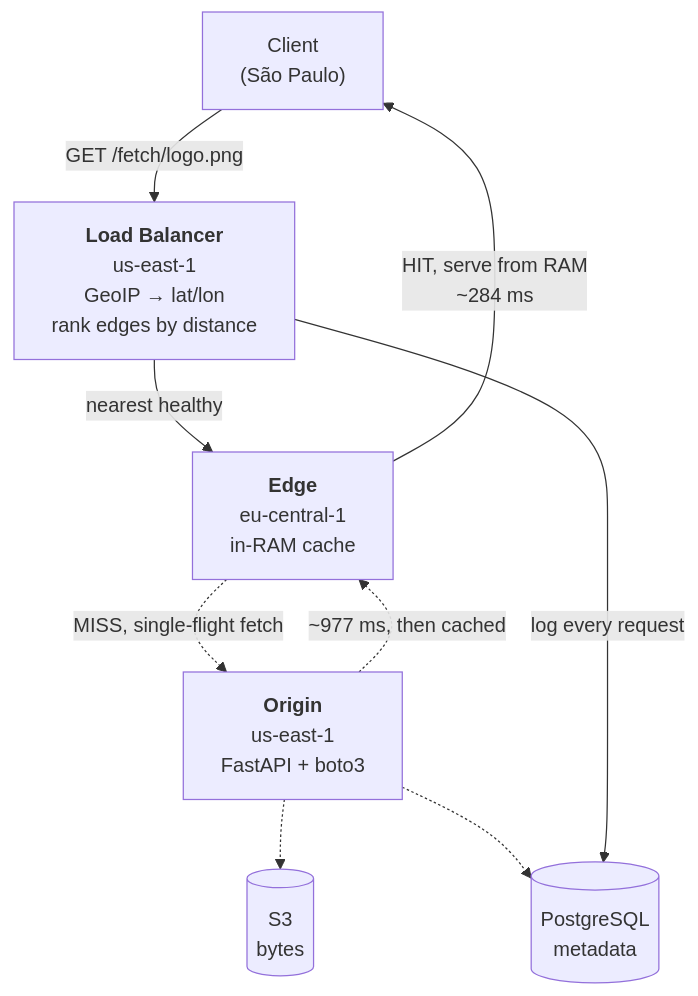
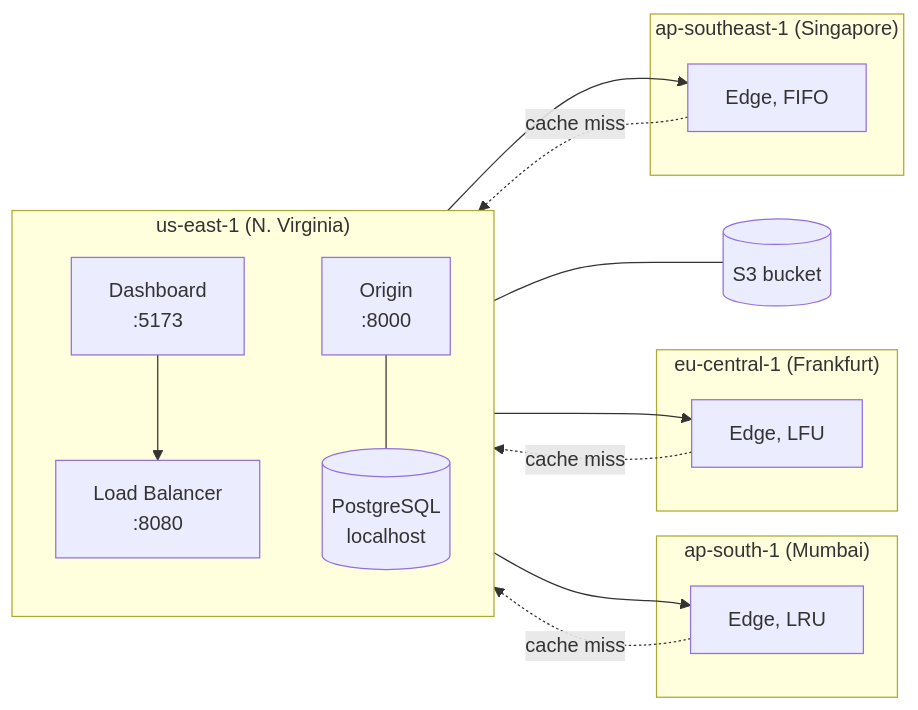
One commit to aryan-2255/Velocity_CDN changed the first of 2 diagrams in README.md. Above: the diagram before and after it, drawn with Mermaid. The commit also changed other lines of this file, not shown here.

Commit message:
Expand README with architecture and design notes

````diff
--- a/README.md
+++ b/README.md
@@ -95,12 +93,25 @@
 ```mermaid
-flowchart TD
-    C["Client<br/>(São Paulo)"] -->|"GET /fetch/logo.png"| LB
-    LB["<b>Load Balancer</b><br/>us-east-1<br/>GeoIP → lat/lon<br/>rank edges by distance"]
-    LB -->|"nearest healthy"| E["<b>Edge</b><br/>eu-central-1<br/>in-RAM cache"]
-    E -->|"HIT, serve from RAM<br/>~284 ms"| C
-    E -.->|"MISS, single-flight fetch"| O["<b>Origin</b><br/>us-east-1<br/>FastAPI + boto3"]
-    O -.-> S3[("S3<br/>bytes")]
-    O -.-> PG[("PostgreSQL<br/>metadata")]
-    O -.->|"~977 ms, then cached"| E
-    LB -->|"log every request"| PG
+flowchart LR
+    subgraph US["us-east-1 (N. Virginia)"]
+        direction TB
+        LB["Load Balancer<br/>:8080"]
+        OR["Origin<br/>:8000"]
+        DASH["Dashboard<br/>:5173"]
+        PG[("PostgreSQL<br/>localhost")]
+        OR --- PG
+    end
+    subgraph IN["ap-south-1 (Mumbai)"]
+        M["Edge, LRU"]
+    end
+    subgraph EU["eu-central-1 (Frankfurt)"]
+        F["Edge, LFU"]
+    end
+    subgraph SG["ap-southeast-1 (Singapore)"]
+        S["Edge, FIFO"]
+    end
+    S3[("S3 bucket")]
+    LB --> M & F & S
+    M & F & S -.->|cache miss| OR
+    OR --- S3
+    DASH --> LB
 ```
````
